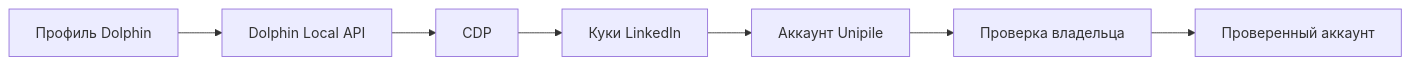
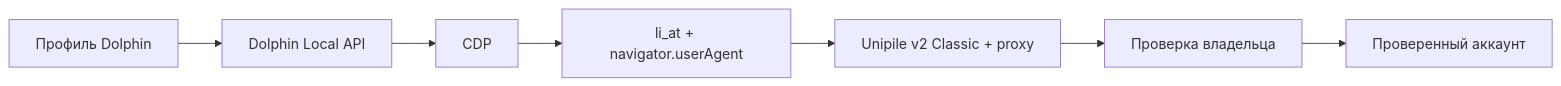
Before and after one commit to Kira2K/unicorn-autoresponder: the diagram in src/features/linkedin-automation/account-connection/docs/DOLPHIN_COOKIE_CONNECTION.md, drawn with Mermaid. The commit also changed other lines of this file and 5 other files, not shown here.

Commit message:
docs(linkedin): finalize session auth architecture

````diff
--- a/src/features/linkedin-automation/account-connection/docs/DOLPHIN_COOKIE_CONNECTION.md
+++ b/src/features/linkedin-automation/account-connection/docs/DOLPHIN_COOKIE_CONNECTION.md
@@ -10,9 +10,9 @@
 ```mermaid
 flowchart LR
     D["Профиль Dolphin"] --> L["Dolphin Local API"]
     L --> C["CDP"]
-    C --> K["Куки LinkedIn"]
-    K --> U["Аккаунт Unipile"]
+    C --> K["li_at + navigator.userAgent"]
+    K --> U["Unipile v2 Classic + proxy"]
     U --> V["Проверка владельца"]
     V --> A["Проверенный аккаунт"]
 ```
````
